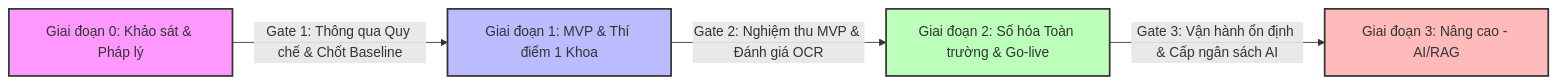
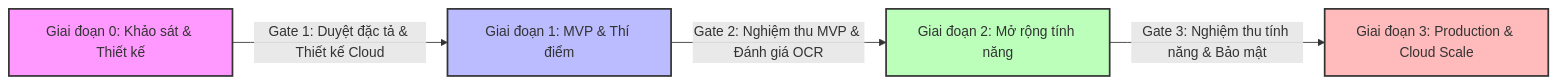
The diagram in docs/images/project_roadmap.mmd (se-bros/hcmus-projectmanage--lab), drawn with Mermaid before and after one commit. The commit also changed 27 other files, not shown here.

```diff
--- a/docs/images/project_roadmap.mmd
+++ b/docs/images/project_roadmap.mmd
@@ -1,9 +1,9 @@
 graph LR
-    P0[Giai đoạn 0: Khảo sát & Pháp lý] -->|Gate 1: Thông qua Quy chế & Chốt Baseline| P1[Giai đoạn 1: MVP & Thí điểm 1 Khoa]
-    P1 -->|Gate 2: Nghiệm thu MVP & Đánh giá OCR| P2[Giai đoạn 2: Số hóa Toàn trường & Go-live]
-    P2 -->|Gate 3: Vận hành ổn định & Cấp ngân sách AI| P3[Giai đoạn 3: Nâng cao - AI/RAG]
+    P0[Giai đoạn 0: Khảo sát & Thiết kế] -->|Gate 1: Duyệt đặc tả & Thiết kế Cloud| P1[Giai đoạn 1: MVP & Thí điểm]
+    P1 -->|Gate 2: Nghiệm thu MVP & Đánh giá OCR| P2[Giai đoạn 2: Mở rộng tính năng]
+    P2 -->|Gate 3: Nghiệm thu tính năng & Bảo mật| P3[Giai đoạn 3: Production & Cloud Scale]
     
     style P0 fill:#f9f,stroke:#333,stroke-width:2px;
     style P1 fill:#bbf,stroke:#333,stroke-width:2px;
     style P2 fill:#bfb,stroke:#333,stroke-width:2px;
     style P3 fill:#fbb,stroke:#333,stroke-width:2px;
```
